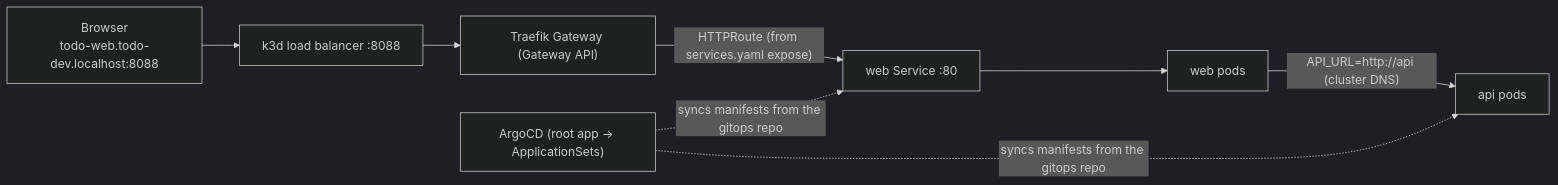
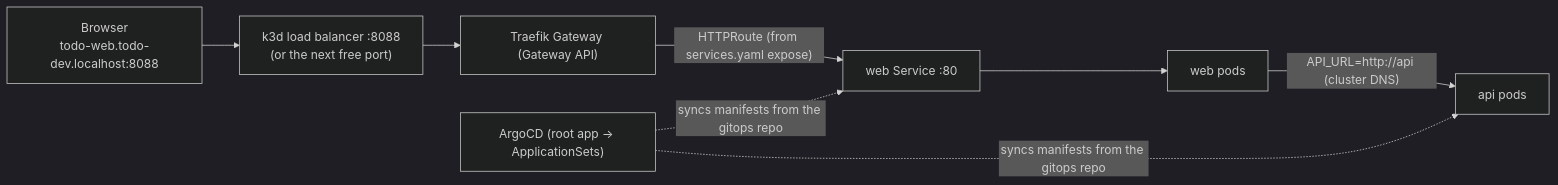
Before and after one commit to ika100/claude-platform: the fourth of 4 diagrams in docs/HOW-IT-WORKS.md, drawn with Mermaid (dark theme). The commit also changed other lines of this file and 14 other files, not shown here.

````diff
--- a/docs/HOW-IT-WORKS.md
+++ b/docs/HOW-IT-WORKS.md
@@ -76,9 +79,9 @@
 ```mermaid
 flowchart LR
-  B["Browser<br/>todo-web.todo-dev.localhost:8088"] --> LB["k3d load balancer :8088"]
+  B["Browser<br/>todo-web.todo-dev.localhost:8088"] --> LB["k3d load balancer :8088<br/>(or the next free port)"]
   LB --> GW["Traefik Gateway (Gateway API)"]
   GW -- "HTTPRoute (from services.yaml expose)" --> W["web Service :80"]
   W --> WP["web pods"]
   WP -- "API_URL=http://api (cluster DNS)" --> AP["api pods"]
   AR["ArgoCD (root app → ApplicationSets)"] -. "syncs manifests from the gitops repo" .-> W & AP
 ```
````
